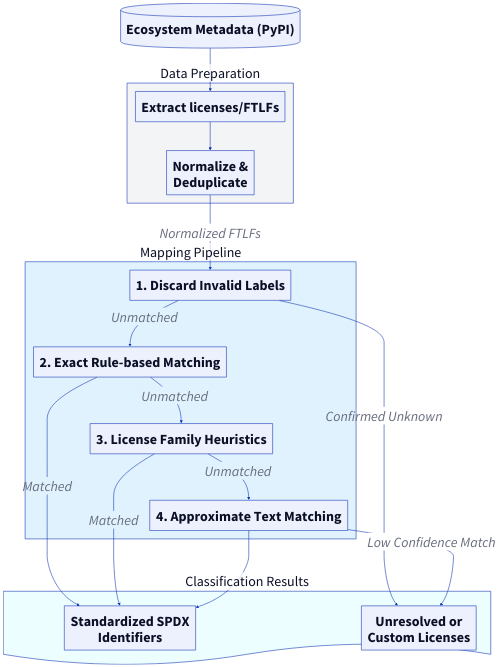
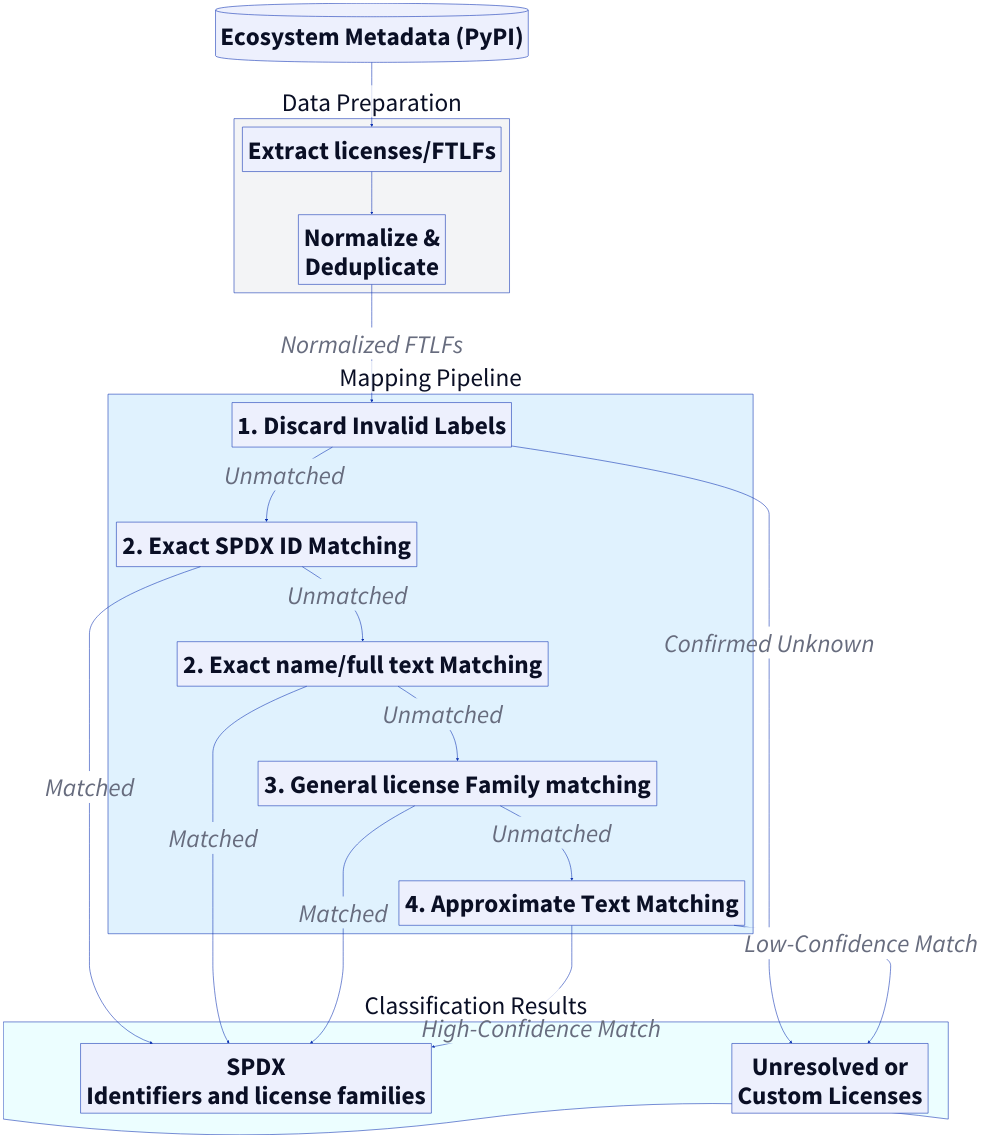
The diagram in figures/pipeline.d2 (qwerltaz/lex2spdx), drawn with D2 before and after one commit. The commit also changed 2 other files, not shown here.

Commit message:
fig pipeline: add exact name/text matching, tweaks

```diff
--- a/figures/pipeline.d2
+++ b/figures/pipeline.d2
@@ -1,56 +1,59 @@
 direction: down
 
 classes: {
   node_txt: {
-    style.font-size: 50
+    style.font-size: 90
   }
   edge_txt: {
-    style.font-size: 50
+    style.font-size: 90
   }
 }
 
 Input: Ecosystem Metadata (PyPI) {
   shape: cylinder
   class: node_txt
 }
 
 Preprocessing: Data Preparation {
   class: node_txt
   style.fill: "#f3f4f6"
   extract: Extract licenses/FTLFs {class: node_txt}
   normalize: Normalize &\nDeduplicate {class: node_txt}
 
   extract -> normalize: {class: edge_txt}
 }
 
 Pipeline: Mapping Pipeline {
   class: node_txt
   style.fill: "#e0f2fe"
 
   filter: 1. Discard Invalid Labels {class: node_txt}
-  exact: 2. Exact Rule-based Matching {class: node_txt}
-  family: 3. License Family Heuristics {class: node_txt}
+  exact_id: 2. Exact SPDX ID Matching {class: node_txt}
+  exact: 2. Exact name/full text Matching {class: node_txt}
+  family: 3. General license Family matching {class: node_txt}
   fuzzy: 4. Approximate Text Matching {class: node_txt}
 
-  filter -> exact: Unmatched {class: edge_txt}
+  filter -> exact_id: Unmatched {class: edge_txt}
+  exact_id -> exact: Unmatched {class: edge_txt}
   exact -> family: Unmatched {class: edge_txt}
   family -> fuzzy: Unmatched {class: edge_txt}
 }
 
 Output: Classification Results {
   class: node_txt
   shape: document
   style.fill: "#ecfeff"
 
-  spdx: Standardized SPDX\nIdentifiers {class: node_txt}
+  spdx: SPDX\nIdentifiers and license families {class: node_txt}
   unresolved: Unresolved or\nCustom Licenses {class: node_txt}
 }
 
 Input -> Preprocessing.extract
 Preprocessing.normalize -> Pipeline.filter: Normalized FTLFs {class: edge_txt}
 
 Pipeline.filter -> Output.unresolved: Confirmed Unknown {class: edge_txt}
+Pipeline.exact_id -> Output.spdx: Matched {class: edge_txt}
 Pipeline.exact -> Output.spdx: Matched {class: edge_txt}
 Pipeline.family -> Output.spdx: Matched {class: edge_txt}
-Pipeline.fuzzy -> Output.spdx
-Pipeline.fuzzy -> Output.unresolved: Low Confidence Match {class: edge_txt}
+Pipeline.fuzzy -> Output.spdx: High-Confidence Match {class: edge_txt}
+Pipeline.fuzzy -> Output.unresolved: Low-Confidence Match {class: edge_txt}
```
